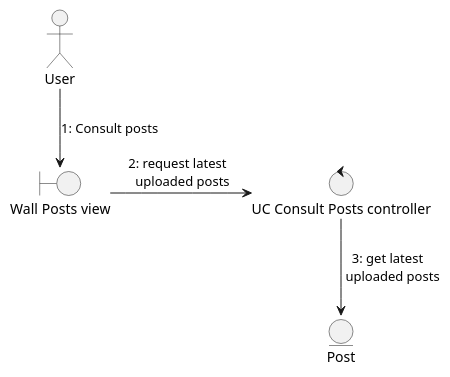
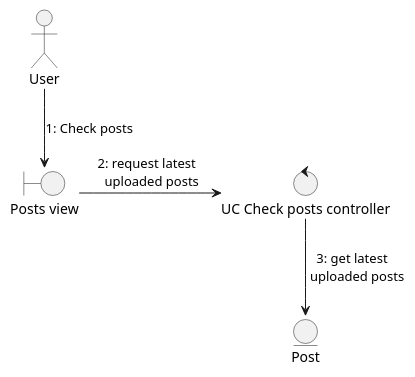
Before and after one commit to Dayannis-07/ING_SOFT: the diagram in docs/scenariosView/collaborationDiagram/useCase-ConsultarPublicaciones.puml, drawn with PlantUML. The commit also changed 7 other files, not shown here.

```diff
--- a/docs/scenariosView/collaborationDiagram/useCase-ConsultarPublicaciones.puml
+++ b/docs/scenariosView/collaborationDiagram/useCase-ConsultarPublicaciones.puml
@@ -1,9 +1,9 @@
 @startuml consultar publicaciones
 actor User
-boundary "Wall Posts view" as view
-User-->view :1: Consult posts
-control "UC Consult Posts controller" as controller
+boundary "Posts view" as view
+User-->view :1: Check posts
+control "UC Check posts controller" as controller
 view-r->controller :2: request latest  \n uploaded posts
 entity "Post" as P
 controller-->P :3: get latest  \n uploaded posts
 @enduml
```
